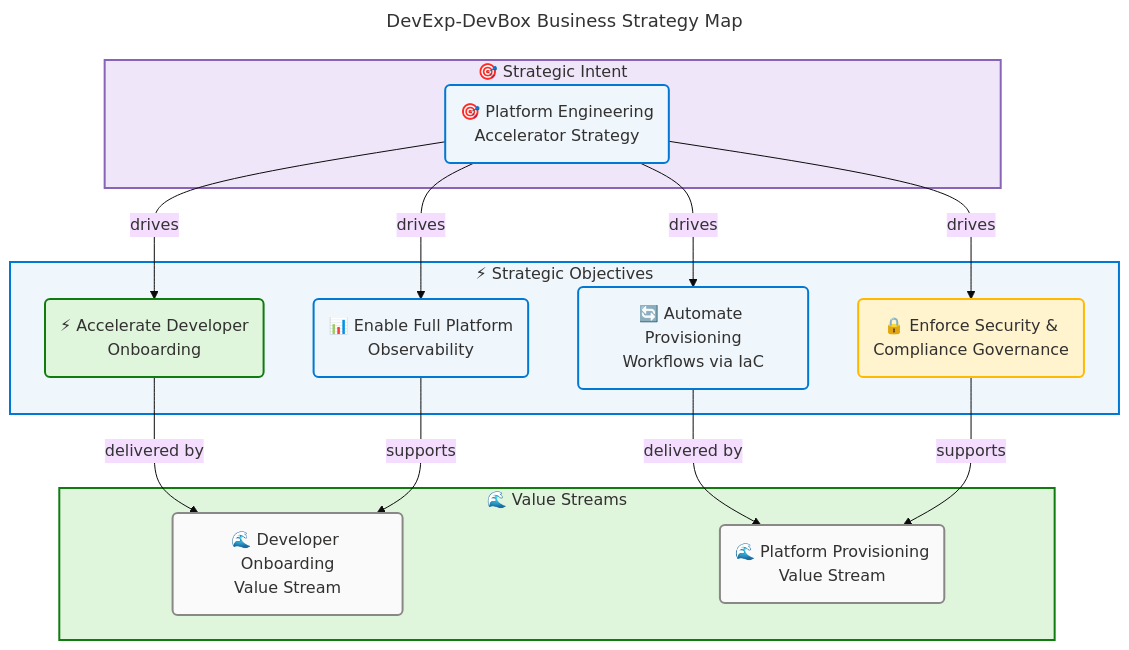
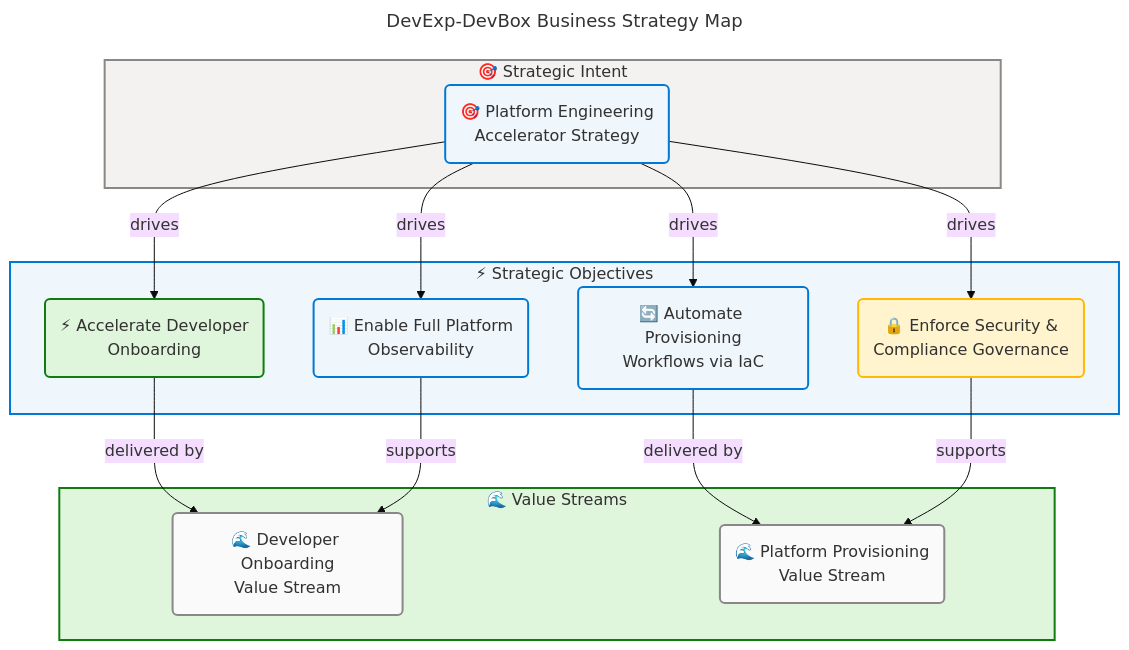
The first of 7 diagrams in docs/architecture/business-architecture.md (Evilazaro/DevExp-DevBox), drawn with Mermaid before and after one commit. The commit also changed other lines of this file and 1 other file, not shown here.

Commit message:
refactor: Update Mermaid diagram styles for improved visual consistency in data architecture documentation

````diff
--- a/docs/architecture/business-architecture.md
+++ b/docs/architecture/business-architecture.md
@@ -54,61 +54,61 @@
 ```mermaid
 ---
 title: DevExp-DevBox Business Strategy Map
 config:
   theme: base
   look: classic
   layout: dagre
   themeVariables:
     fontSize: '16px'
   flowchart:
     htmlLabels: true
 ---
 flowchart TB
     accTitle: DevExp-DevBox Business Strategy Map
     accDescr: Shows the Platform Engineering Accelerator strategic intent, four strategic objectives, and their alignment to two delivery value streams.
 
     %% ═══════════════════════════════════════════════════════════════════════════
     %% AZURE / FLUENT ARCHITECTURE PATTERN v1.1
     %% (Semantic + Structural + Font + Accessibility Governance)
     %% ═══════════════════════════════════════════════════════════════════════════
     %% PHASE 1 - FLUENT UI: All styling uses approved Fluent UI palette only
     %% PHASE 2 - GROUPS: Every subgraph has semantic color via style directive
     %% PHASE 3 - COMPONENTS: Every node has semantic classDef + icon prefix
     %% PHASE 4 - ACCESSIBILITY: accTitle/accDescr present, WCAG AA contrast
     %% PHASE 5 - STANDARD: Governance block present, classDefs centralized
     %% ═══════════════════════════════════════════════════════════════════════════
 
     subgraph stratLayer["🎯 Strategic Intent"]
         strat("🎯 Platform Engineering<br/>Accelerator Strategy"):::core
     end
 
     subgraph objLayer["⚡ Strategic Objectives"]
         obj1("⚡ Accelerate Developer<br/>Onboarding"):::success
         obj2("🔒 Enforce Security &<br/>Compliance Governance"):::warning
         obj3("🔄 Automate Provisioning<br/>Workflows via IaC"):::core
         obj4("📊 Enable Full Platform<br/>Observability"):::core
     end
 
     subgraph vsLayer["🌊 Value Streams"]
         vs1("🌊 Developer Onboarding<br/>Value Stream"):::neutral
         vs2("🌊 Platform Provisioning<br/>Value Stream"):::neutral
     end
 
     strat -->|"drives"| obj1
     strat -->|"drives"| obj2
     strat -->|"drives"| obj3
     strat -->|"drives"| obj4
     obj1 -->|"delivered by"| vs1
     obj3 -->|"delivered by"| vs2
     obj2 -->|"supports"| vs2
     obj4 -->|"supports"| vs1
 
-    style stratLayer fill:#F0E6FA,stroke:#8764B8,stroke-width:2px,color:#323130
+    style stratLayer fill:#F3F2F1,stroke:#8A8886,stroke-width:2px,color:#323130
     style objLayer fill:#EFF6FC,stroke:#0078D4,stroke-width:2px,color:#323130
     style vsLayer fill:#DFF6DD,stroke:#107C10,stroke-width:2px,color:#323130
 
     classDef core fill:#EFF6FC,stroke:#0078D4,stroke-width:2px,color:#323130
     classDef success fill:#DFF6DD,stroke:#107C10,stroke-width:2px,color:#323130
     classDef warning fill:#FFF4CE,stroke:#FFB900,stroke-width:2px,color:#323130
     classDef neutral fill:#FAFAFA,stroke:#8A8886,stroke-width:2px,color:#323130
 ```
````
